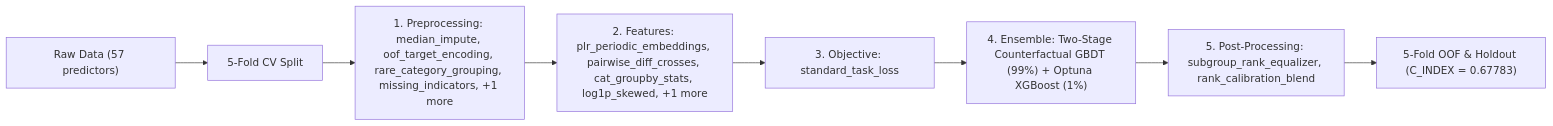
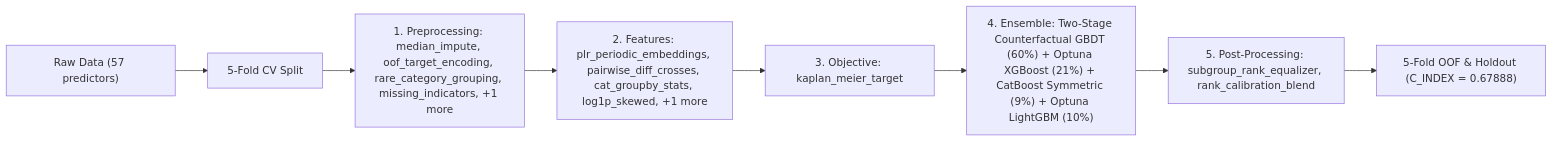
Before and after one commit to stefanoclss/CIBMTR-Equity-in-Post-HCT-Survival-Predictions: the diagram in README.md, drawn with Mermaid. The commit also changed other lines of this file, not shown here.

First line of the commit message:
docs(readme): refresh verified OOF benchmark & build ledger (C_INDEX=0.67888)

````diff
--- a/README.md
+++ b/README.md
@@ -141,10 +142,10 @@
 ```mermaid
 flowchart LR
     DATA["Raw Data (57 predictors)"] --> SPLIT["5-Fold CV Split"]
     SPLIT --> PRE["1. Preprocessing: median_impute, oof_target_encoding, rare_category_grouping, missing_indicators, +1 more"]
     PRE --> FEAT["2. Features: plr_periodic_embeddings, pairwise_diff_crosses, cat_groupby_stats, log1p_skewed, +1 more"]
-    FEAT --> OBJ["3. Objective: standard_task_loss"]
-    OBJ --> M0["4. Ensemble: Two-Stage Counterfactual GBDT (99%) + Optuna XGBoost (1%)"]
+    FEAT --> OBJ["3. Objective: kaplan_meier_target"]
+    OBJ --> M0["4. Ensemble: Two-Stage Counterfactual GBDT (60%) + Optuna XGBoost (21%) + CatBoost Symmetric (9%) + Optuna LightGBM (10%)"]
     M0 --> POST["5. Post-Processing: subgroup_rank_equalizer, rank_calibration_blend"]
-    POST --> OUT["5-Fold OOF & Holdout (C_INDEX = 0.67783)"]
+    POST --> OUT["5-Fold OOF & Holdout (C_INDEX = 0.67888)"]
 ```
````
